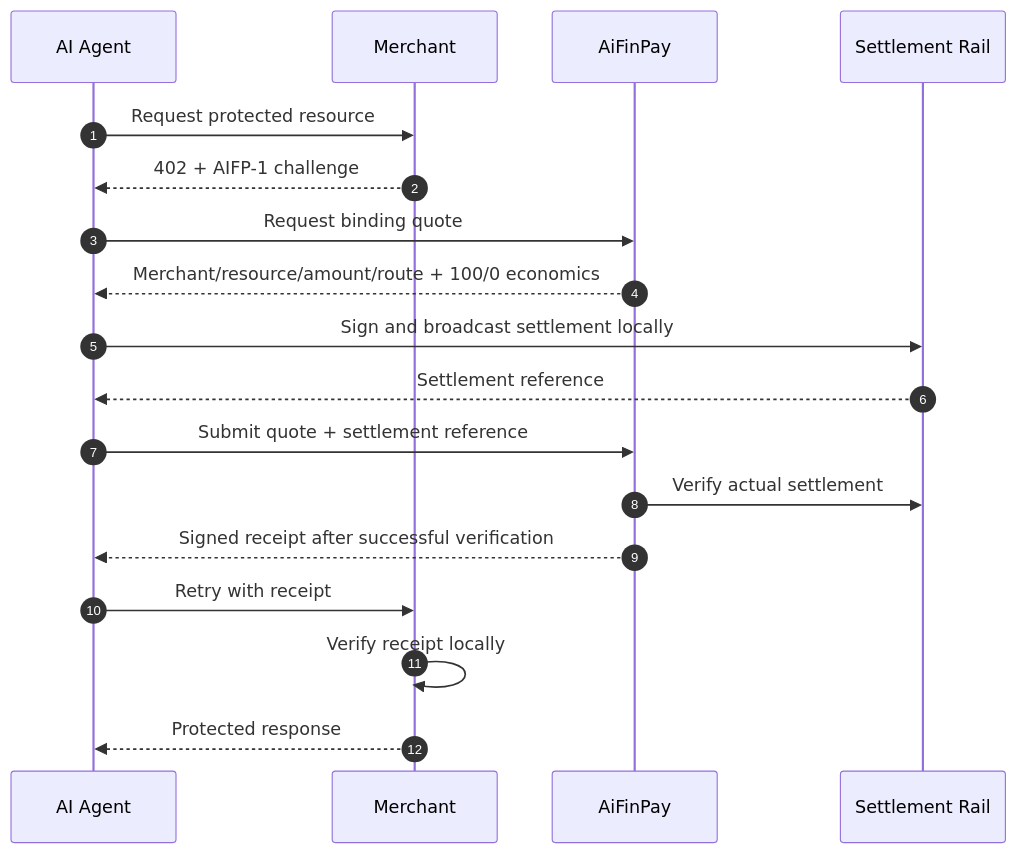
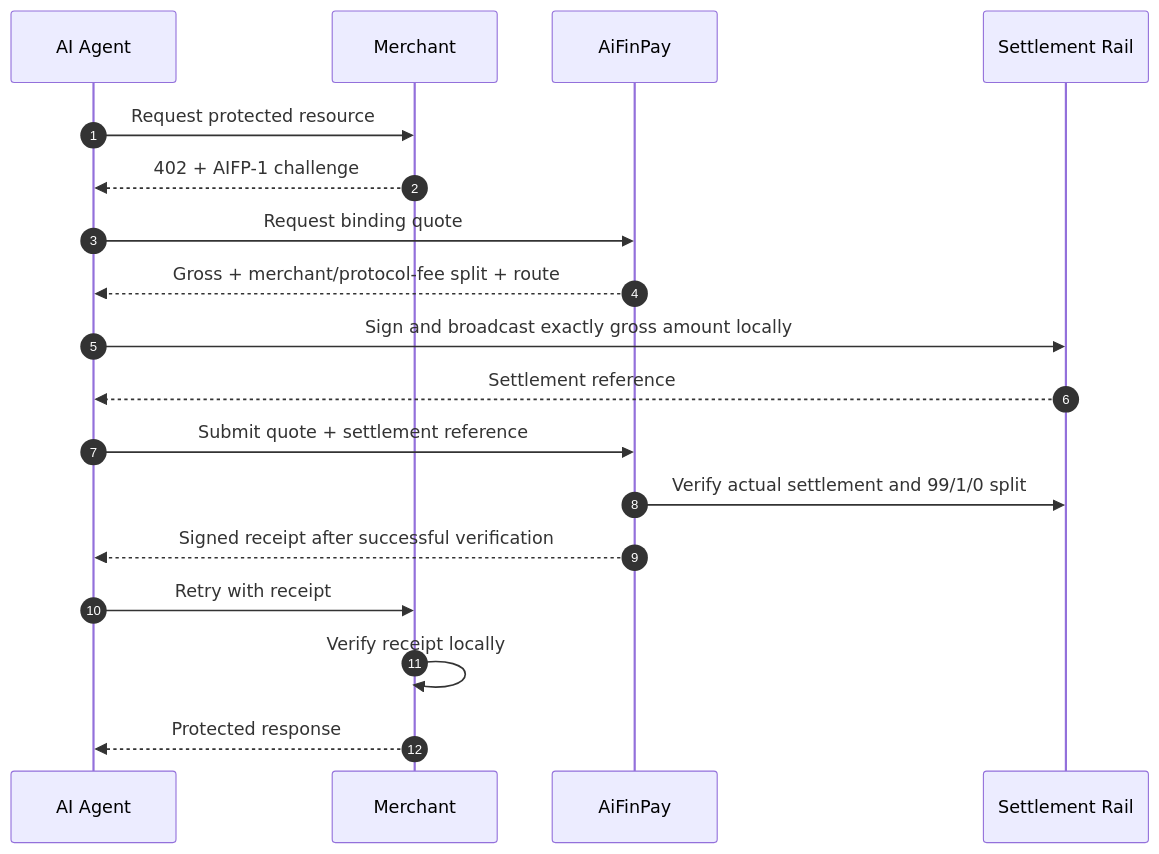
Before and after one commit to AiFinPay/AIFP-1: the diagram in docs/aifp/05-Whitepaper.md, drawn with Mermaid. The commit also changed other lines of this file and 34 other files, not shown here.

First line of the commit message:
AIFP-1: make gross-inclusive 99/1 economics normative

````diff
--- a/docs/aifp/05-Whitepaper.md
+++ b/docs/aifp/05-Whitepaper.md
@@ -70,21 +79,21 @@
 ```mermaid
 sequenceDiagram
     autonumber
     participant A as AI Agent
     participant M as Merchant
     participant P as AiFinPay
     participant R as Settlement Rail
 
     A->>M: Request protected resource
     M-->>A: 402 + AIFP-1 challenge
     A->>P: Request binding quote
-    P-->>A: Merchant/resource/amount/route + 100/0 economics
-    A->>R: Sign and broadcast settlement locally
+    P-->>A: Gross + merchant/protocol-fee split + route
+    A->>R: Sign and broadcast exactly gross amount locally
     R-->>A: Settlement reference
     A->>P: Submit quote + settlement reference
-    P->>R: Verify actual settlement
+    P->>R: Verify actual settlement and 99/1/0 split
     P-->>A: Signed receipt after successful verification
     A->>M: Retry with receipt
     M->>M: Verify receipt locally
     M-->>A: Protected response
 ```
````
